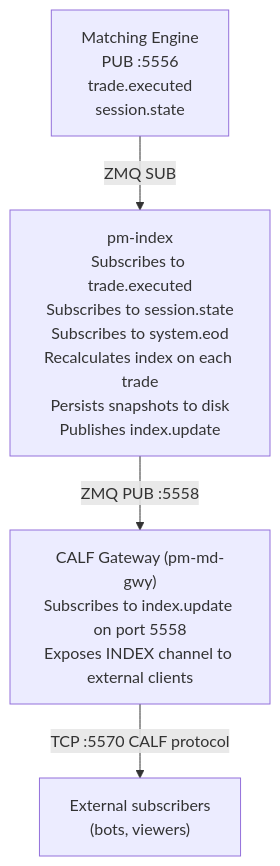
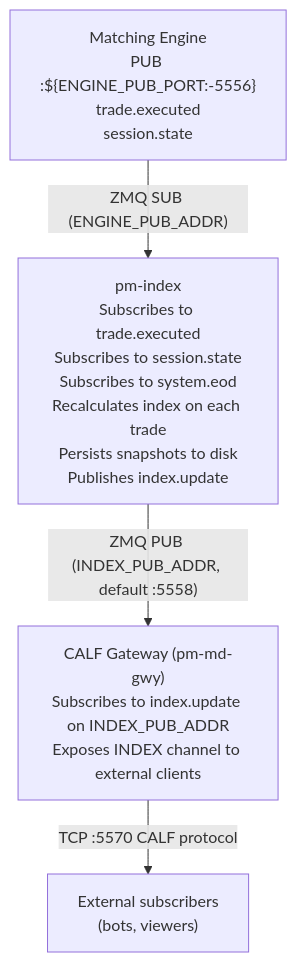
Before and after one commit to johan162/EduMatcher: the first of 5 diagrams in docs-design/EduMatcher-Index.md, drawn with Mermaid. The commit also changed other lines of this file and 3 other files, not shown here.

````diff
--- a/docs-design/EduMatcher-Index.md
+++ b/docs-design/EduMatcher-Index.md
@@ -126,11 +127,11 @@
 ```mermaid
 flowchart TD
-    engine["Matching Engine<br/>PUB :5556<br/>trade.executed<br/>session.state"]
+    engine["Matching Engine<br/>PUB :${ENGINE_PUB_PORT:-5556}<br/>trade.executed<br/>session.state"]
     index["pm-index<br/>Subscribes to trade.executed<br/>Subscribes to session.state<br/>Subscribes to system.eod<br/>Recalculates index on each trade<br/>Persists snapshots to disk<br/>Publishes index.update"]
-    gwy["CALF Gateway (pm-md-gwy)<br/>Subscribes to index.update on port 5558<br/>Exposes INDEX channel to external clients"]
+    gwy["CALF Gateway (pm-md-gwy)<br/>Subscribes to index.update on INDEX_PUB_ADDR<br/>Exposes INDEX channel to external clients"]
     ext["External subscribers<br/>(bots, viewers)"]
 
-    engine -->|"ZMQ SUB"| index
-    index -->|"ZMQ PUB :5558"| gwy
+    engine -->|"ZMQ SUB (ENGINE_PUB_ADDR)"| index
+    index -->|"ZMQ PUB (INDEX_PUB_ADDR, default :5558)"| gwy
     gwy -->|"TCP :5570 CALF protocol"| ext
 ```
````
